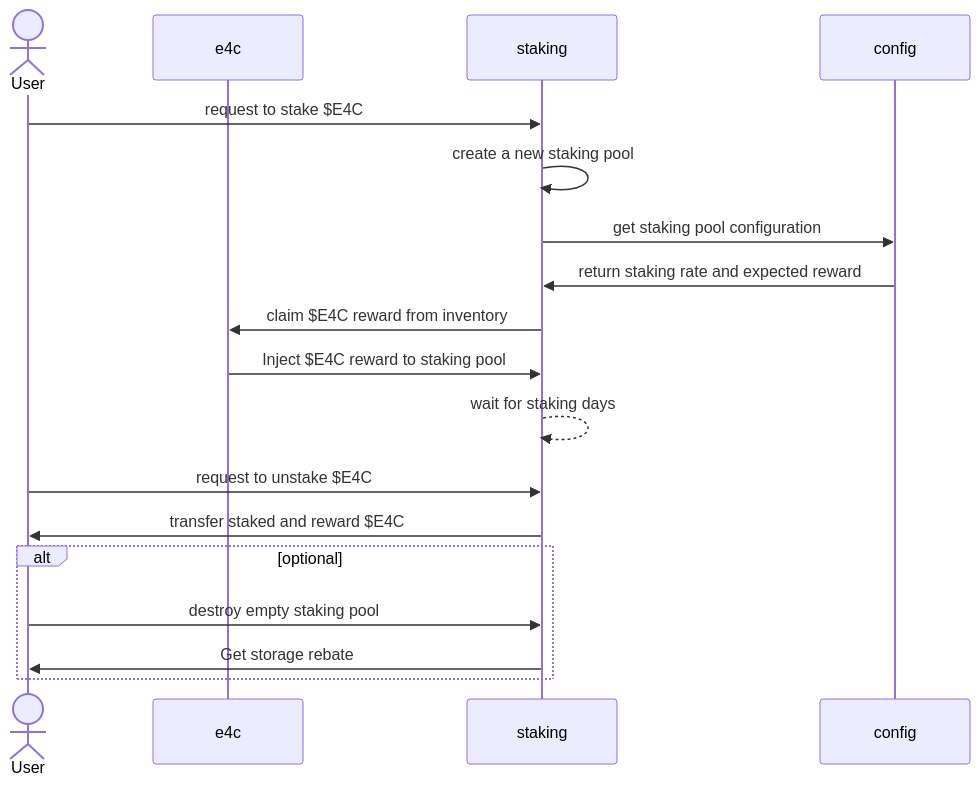
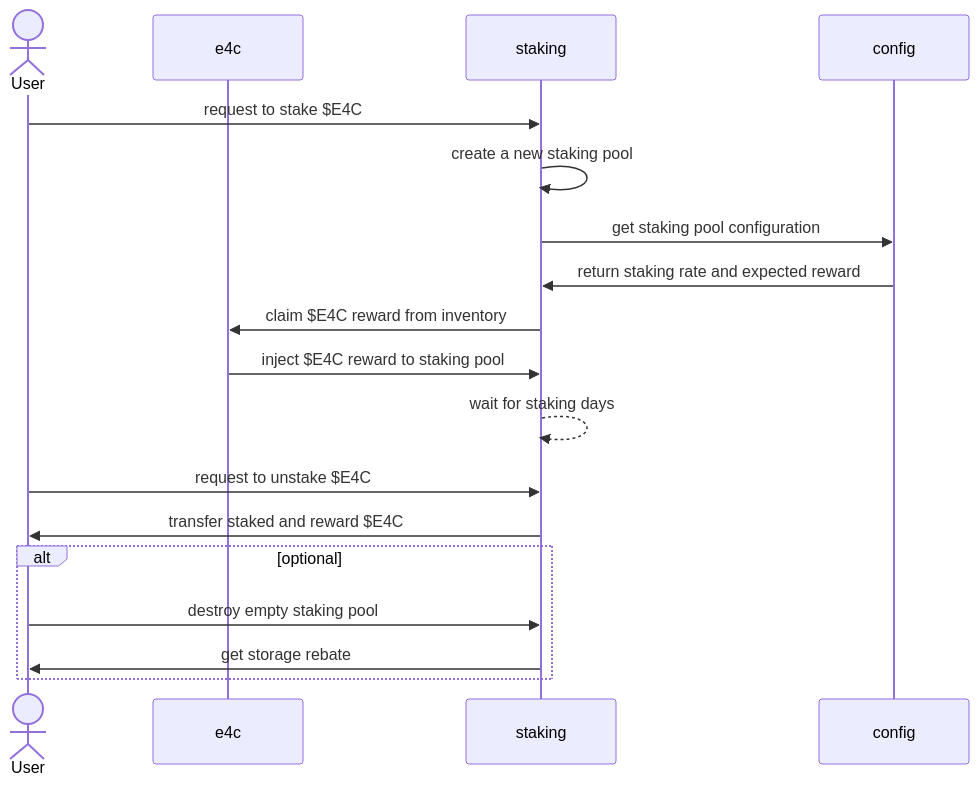
The third of 5 diagrams in README.md (z330789559/e4c), drawn with Mermaid before and after one commit. The commit also changed other lines of this file, not shown here.

Commit message:
docs: update sequence diagrams

````diff
--- a/README.md
+++ b/README.md
@@ -53,20 +54,20 @@
 ```mermaid
 sequenceDiagram
     actor U as User
     participant e4c
     participant staking
     participant config
     U ->> staking: request to stake $E4C
     staking ->> staking: create a new staking pool
     staking ->> config: get staking pool configuration
     config ->> staking: return staking rate and expected reward
     staking ->> e4c: claim $E4C reward from inventory
-    e4c ->> staking: Inject $E4C reward to staking pool
+    e4c ->> staking: inject $E4C reward to staking pool
     staking -->> staking: wait for staking days
     U ->> staking: request to unstake $E4C
     staking ->> U: transfer staked and reward $E4C
     alt optional
         U ->> staking: destroy empty staking pool
-        staking ->> U: Get storage rebate
+        staking ->> U: get storage rebate
     end
 ```
````
